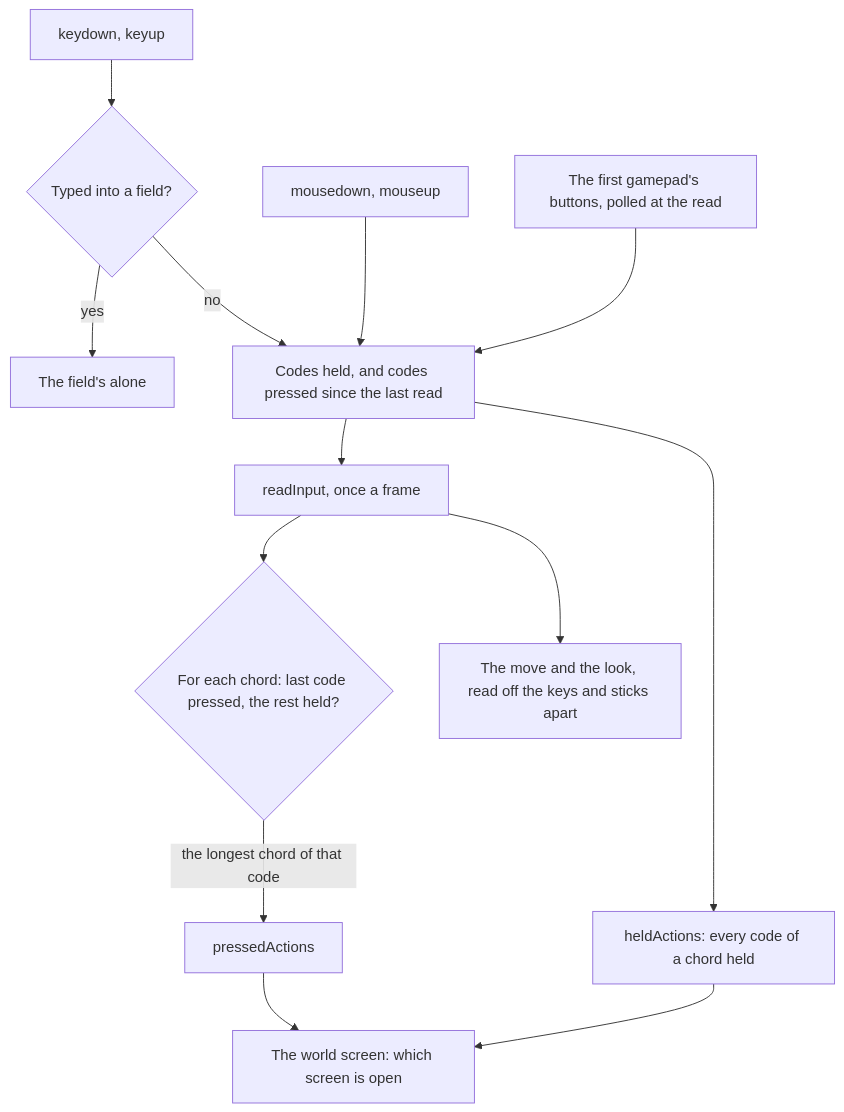
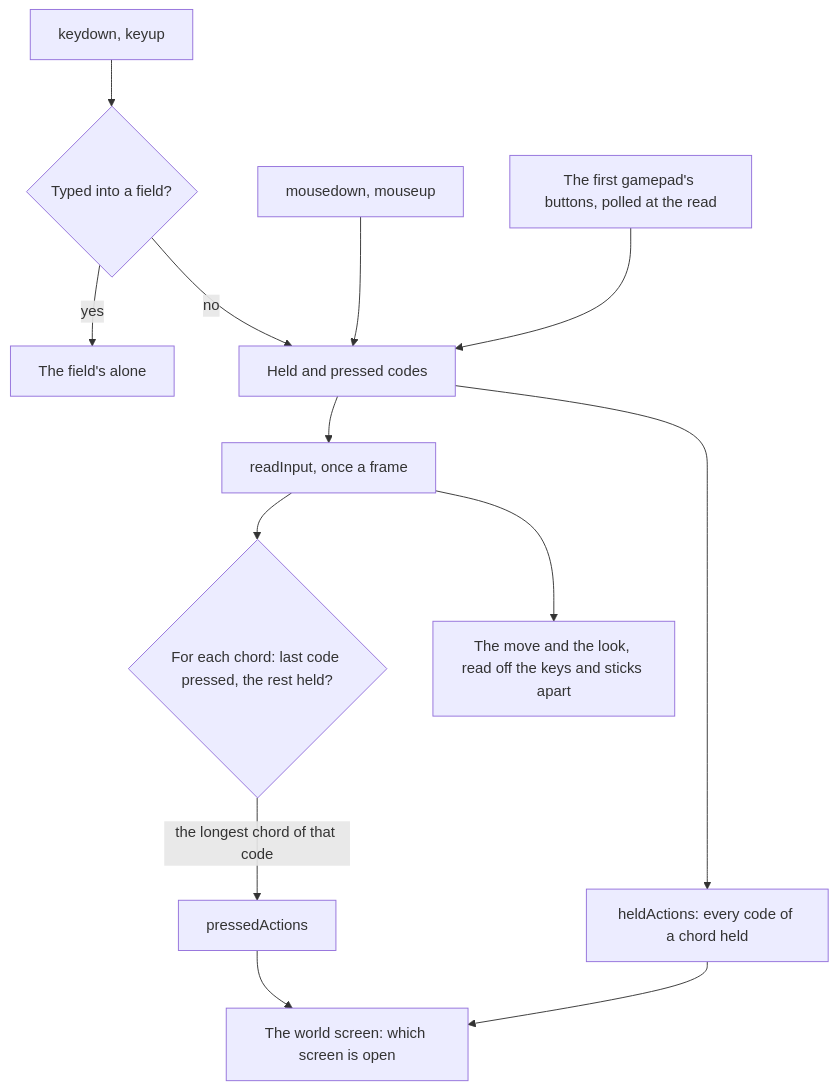
One commit to Esposter/Esposter changed the diagram in openspec/specs/genshin/controls/design.md. Above: the diagram before and after it, drawn with Mermaid. The commit also changed 10 other files, not shown here.

````diff
--- a/openspec/specs/genshin/controls/design.md
+++ b/openspec/specs/genshin/controls/design.md
@@ -13,15 +13,15 @@
 ```mermaid
 flowchart TD
   K["keydown, keyup"] --> FIELD{"Typed into a field?"}
   FIELD -->|"yes"| SKIP["The field's alone"]
-  FIELD -->|"no"| HELD["Codes held, and codes pressed since the last read"]
+  FIELD -->|"no"| HELD[Held and pressed codes]
   MB["mousedown, mouseup"] --> HELD
   PAD["The first gamepad's buttons, polled at the read"] --> HELD
   HELD --> READ["readInput, once a frame"]
   READ --> CHORD{"For each chord: last code pressed, the rest held?"}
   CHORD -->|"the longest chord of that code"| PRESSED["pressedActions"]
   HELD --> HELDA["heldActions: every code of a chord held"]
   PRESSED --> WS["The world screen: which screen is open"]
   HELDA --> WS
   READ --> MOVE["The move and the look, read off the keys and sticks apart"]
 ```
````
